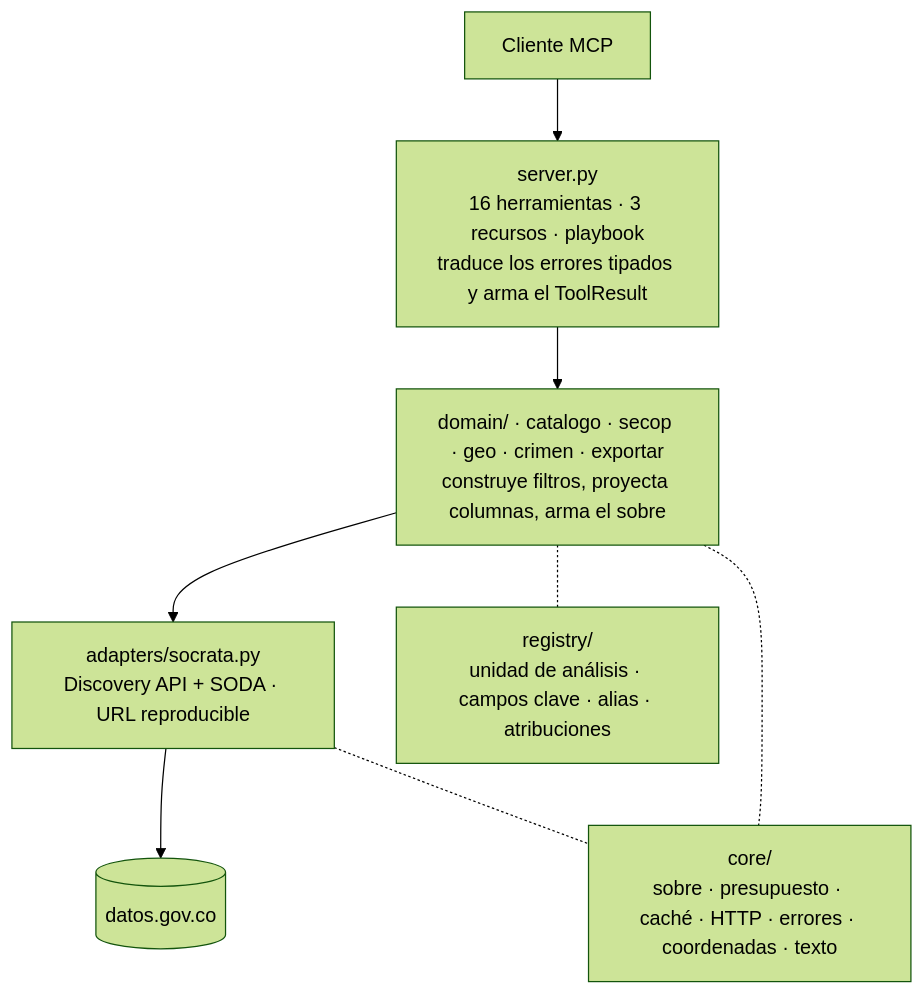
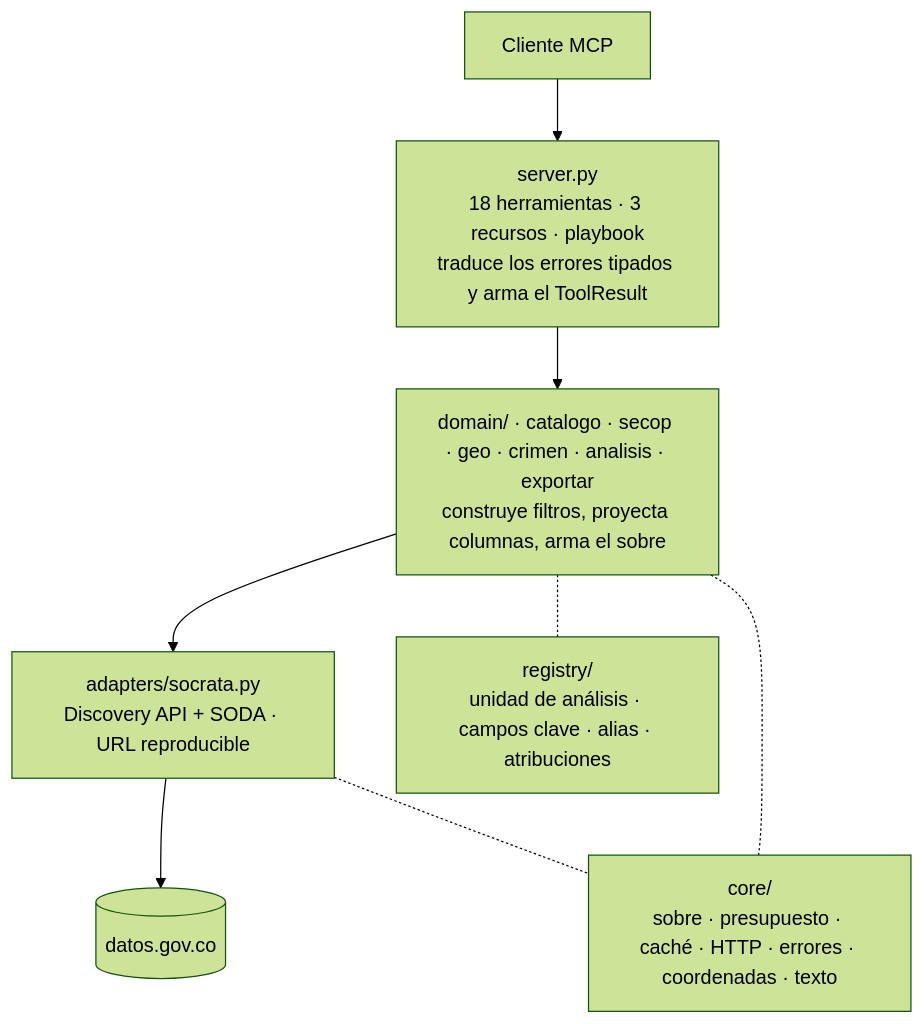
One commit to manuelcastiblan/colombia-datos-mcp changed the first of 2 diagrams in docs/arquitectura.md. Above: the diagram before and after it, drawn with Mermaid (forest theme). The commit also changed other lines of this file and 9 other files, not shown here.

````diff
--- a/docs/arquitectura.md
+++ b/docs/arquitectura.md
@@ -6,15 +6,15 @@
 ```mermaid
 flowchart TD
     cliente["Cliente MCP"]
-    server["server.py<br/>16 herramientas · 3 recursos · playbook<br/>traduce los errores tipados y arma el ToolResult"]
-    dominio["domain/ · catalogo · secop · geo · crimen · exportar<br/>construye filtros, proyecta columnas, arma el sobre"]
+    server["server.py<br/>18 herramientas · 3 recursos · playbook<br/>traduce los errores tipados y arma el ToolResult"]
+    dominio["domain/ · catalogo · secop · geo · crimen · analisis · exportar<br/>construye filtros, proyecta columnas, arma el sobre"]
     adaptador["adapters/socrata.py<br/>Discovery API + SODA · URL reproducible"]
     fuente[("datos.gov.co")]
     registro["registry/<br/>unidad de análisis · campos clave · alias · atribuciones"]
     nucleo["core/<br/>sobre · presupuesto · caché · HTTP · errores · coordenadas · texto"]
 
     cliente --> server --> dominio --> adaptador --> fuente
     dominio -.- registro
     dominio -.- nucleo
     adaptador -.- nucleo
 ```
````
